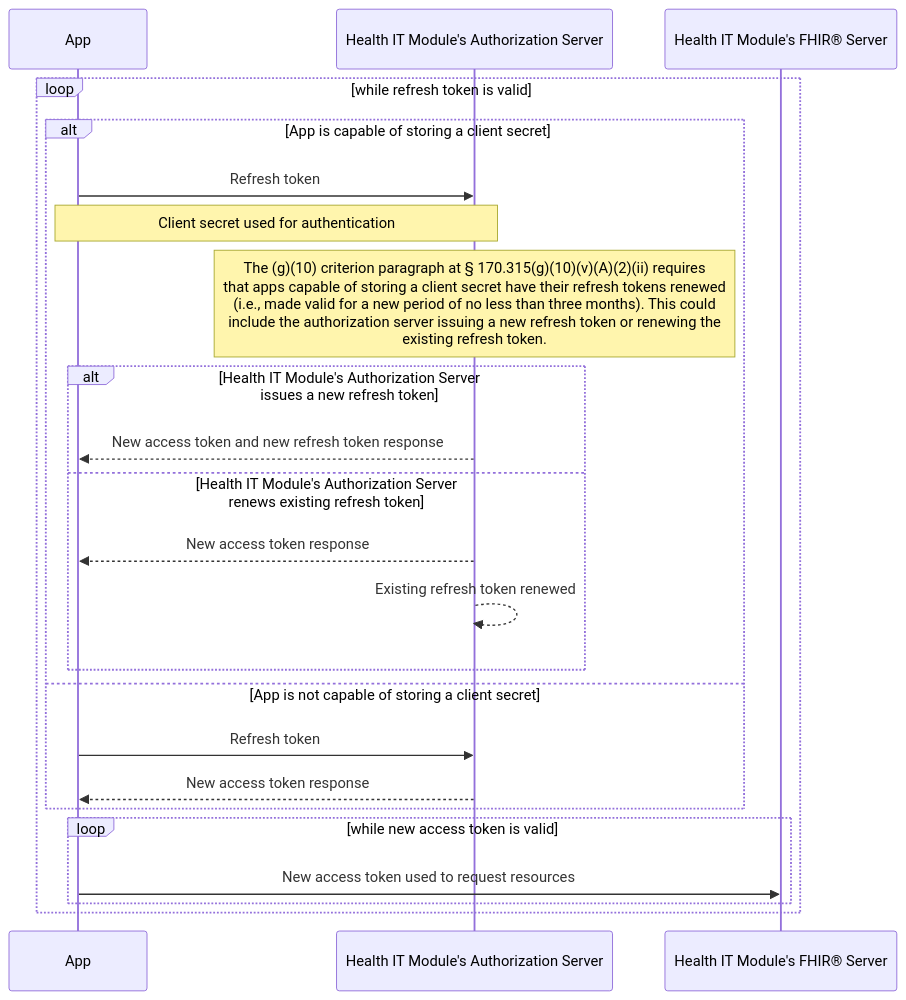
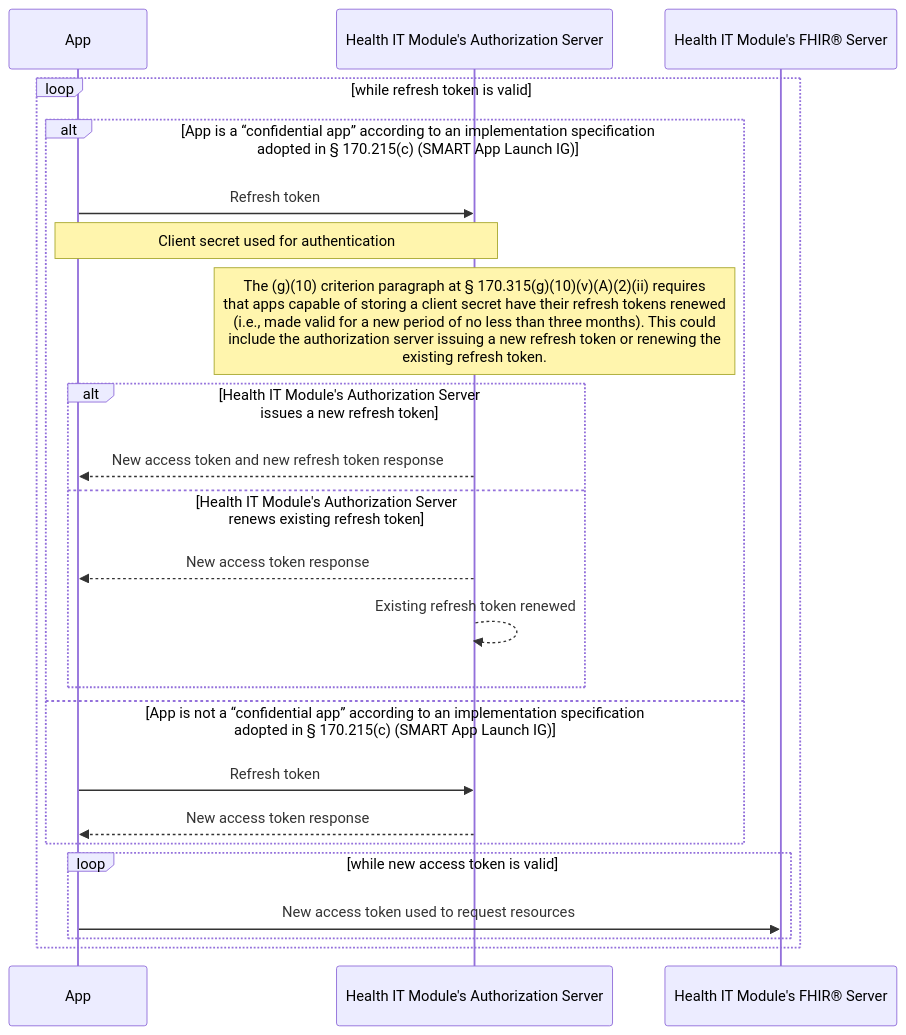
One commit to onc-healthit/api-resource-guide changed the second of 5 diagrams in docs/g10-criterion.md. Above: the diagram before and after it, drawn with Mermaid. The commit also changed other lines of this file, not shown here.

Commit message:
updating client secrret language

````diff
--- a/docs/g10-criterion.md
+++ b/docs/g10-criterion.md
@@ -341,26 +341,26 @@
 	``` mermaid
 		sequenceDiagram
 			participant app as App
 			participant authz as Health IT Module's Authorization Server
 			participant fhir as Health IT Module's FHIR® Server
 
 			loop while refresh token is valid
-				alt App is capable of storing a client secret
+				alt App is a “confidential app” according to an implementation specification adopted in § 170.215(c) (SMART App Launch IG)
 					app ->> authz: Refresh token
 					note over app,authz: Client secret used for authentication
 					note over authz: The (g)(10) criterion paragraph at § 170.315(g)(10)(v)(A)(2)(ii) requires <br/> that apps capable of storing a client secret have their refresh tokens renewed <br/> (i.e., made valid for a new period of no less than three months). This could <br/> include the authorization server issuing a new refresh token or renewing the <br/> existing refresh token.
 					alt Health IT Module's Authorization Server issues a new refresh token
 						authz -->> app: New access token and new refresh token response
 					else Health IT Module's Authorization Server renews existing refresh token
 						authz -->> app: New access token response
 						authz -->> authz: Existing refresh token renewed
 					end
-				else App is not capable of storing a client secret
+				else App is not a “confidential app” according to an implementation specification adopted in § 170.215(c) (SMART App Launch IG)
 					app ->> authz: Refresh token
 					authz -->> app: New access token response
 				end
 				loop while new access token is valid
 					app ->> fhir: New access token used to request resources
 				end
 			end
 	```
````
